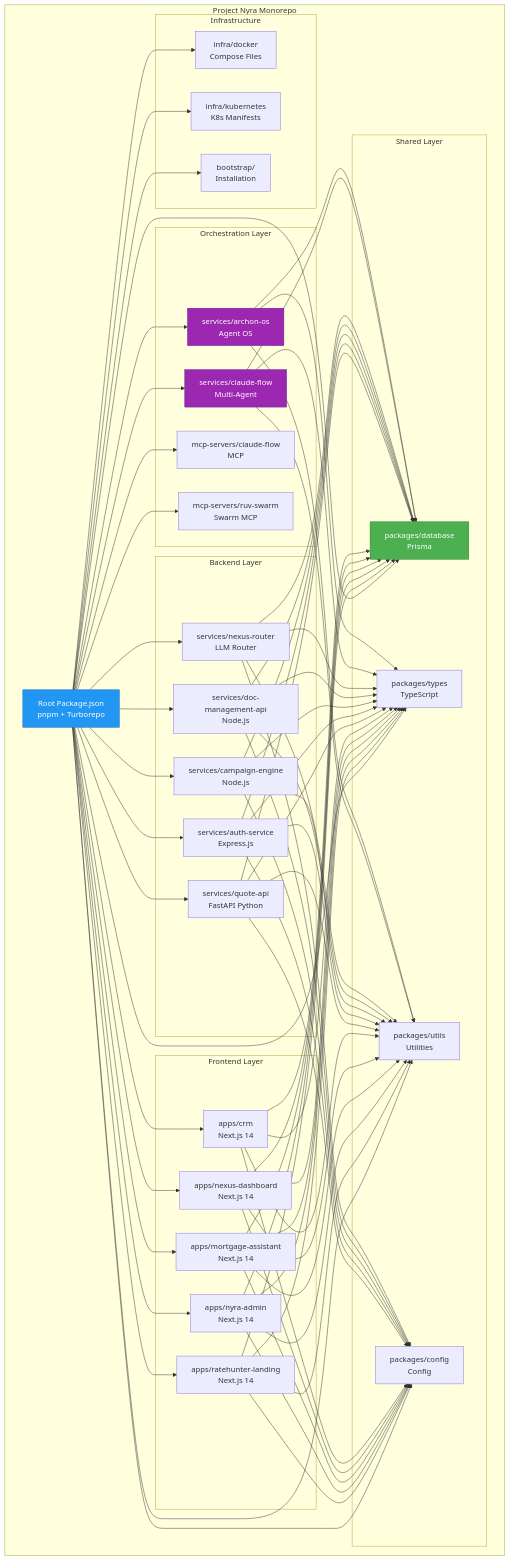
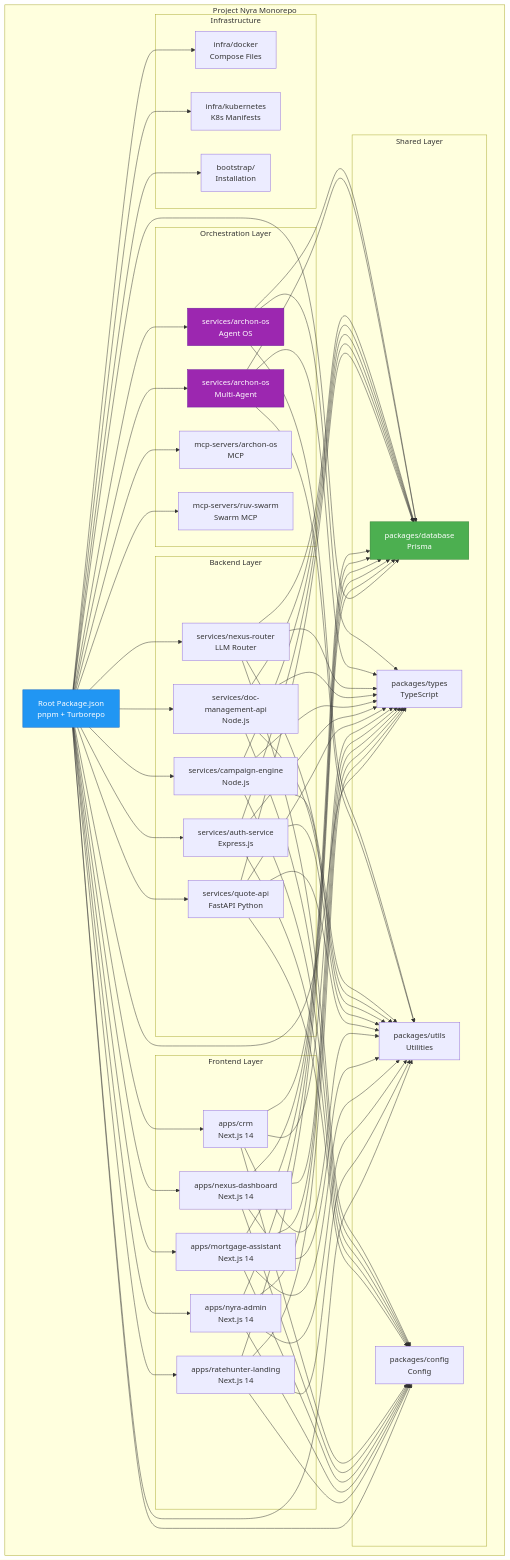
The first of 17 diagrams in docs/architecture/MODERN-REPO-ARCHITECTURE-2026.md (ellisapotheosis/Project-Nyra), drawn with Mermaid before and after one commit. The commit also changed other lines of this file and 992 other files, not shown here.

````diff
--- a/docs/architecture/MODERN-REPO-ARCHITECTURE-2026.md
+++ b/docs/architecture/MODERN-REPO-ARCHITECTURE-2026.md
@@ -54,57 +54,57 @@
 ```mermaid
 graph TB
     subgraph "Project Nyra Monorepo"
         A[Root Package.json<br/>pnpm + Turborepo]
 
         subgraph "Frontend Layer"
             B1[apps/ratehunter-landing<br/>Next.js 14]
             B2[apps/nyra-admin<br/>Next.js 14]
             B3[apps/mortgage-assistant<br/>Next.js 14]
             B4[apps/nexus-dashboard<br/>Next.js 14]
             B5[apps/crm<br/>Next.js 14]
         end
 
         subgraph "Backend Layer"
             C1[services/quote-api<br/>FastAPI Python]
             C2[services/auth-service<br/>Express.js]
             C3[services/campaign-engine<br/>Node.js]
             C4[services/doc-management-api<br/>Node.js]
             C5[services/nexus-router<br/>LLM Router]
         end
 
         subgraph "Orchestration Layer"
-            D1[services/claude-flow<br/>Multi-Agent]
+            D1[services/archon-os<br/>Multi-Agent]
             D2[services/archon-os<br/>Agent OS]
-            D3[mcp-servers/claude-flow<br/>MCP]
+            D3[mcp-servers/archon-os<br/>MCP]
             D4[mcp-servers/ruv-swarm<br/>Swarm MCP]
         end
 
         subgraph "Shared Layer"
             E1[packages/database<br/>Prisma]
             E2[packages/types<br/>TypeScript]
             E3[packages/utils<br/>Utilities]
             E4[packages/config<br/>Config]
         end
 
         subgraph "Infrastructure"
             F1[infra/docker<br/>Compose Files]
             F2[infra/kubernetes<br/>K8s Manifests]
             F3[bootstrap/<br/>Installation]
         end
     end
 
     A --> B1 & B2 & B3 & B4 & B5
     A --> C1 & C2 & C3 & C4 & C5
     A --> D1 & D2 & D3 & D4
     A --> E1 & E2 & E3 & E4
     A --> F1 & F2 & F3
 
     B1 & B2 & B3 & B4 & B5 --> E1 & E2 & E3 & E4
     C1 & C2 & C3 & C4 & C5 --> E1 & E2 & E3 & E4
     D1 & D2 --> E1 & E2 & E3
 
     style A fill:#2196F3,stroke:#1565C0,color:#fff
     style D1 fill:#9C27B0,stroke:#6A1B9A,color:#fff
     style D2 fill:#9C27B0,stroke:#6A1B9A,color:#fff
     style E1 fill:#4CAF50,stroke:#2E7D32,color:#fff
 ```
````
